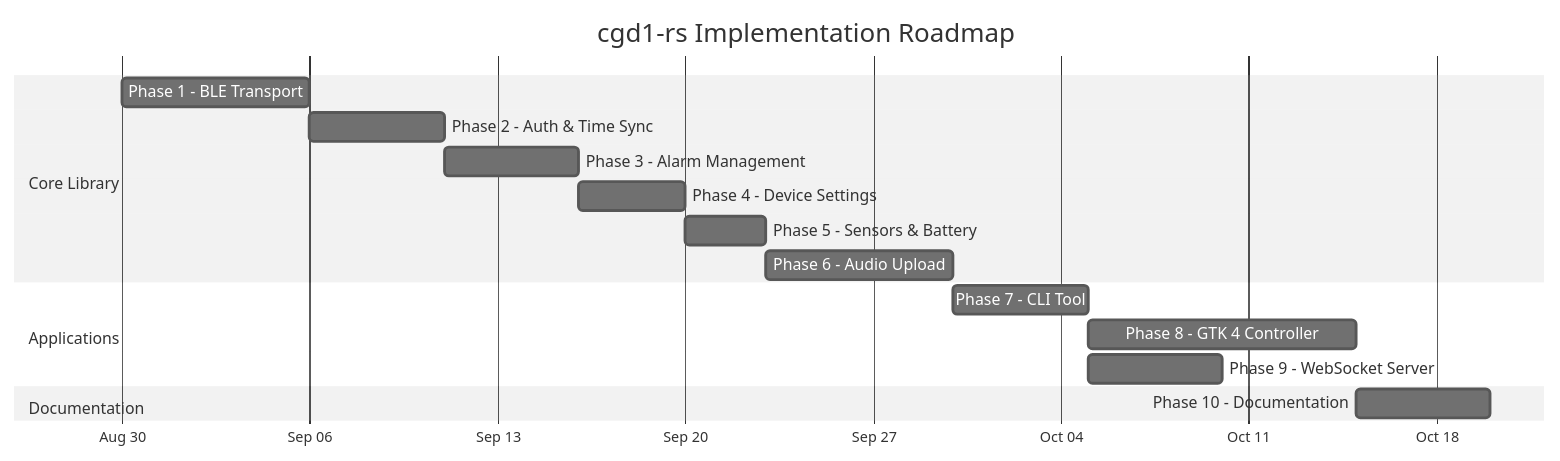
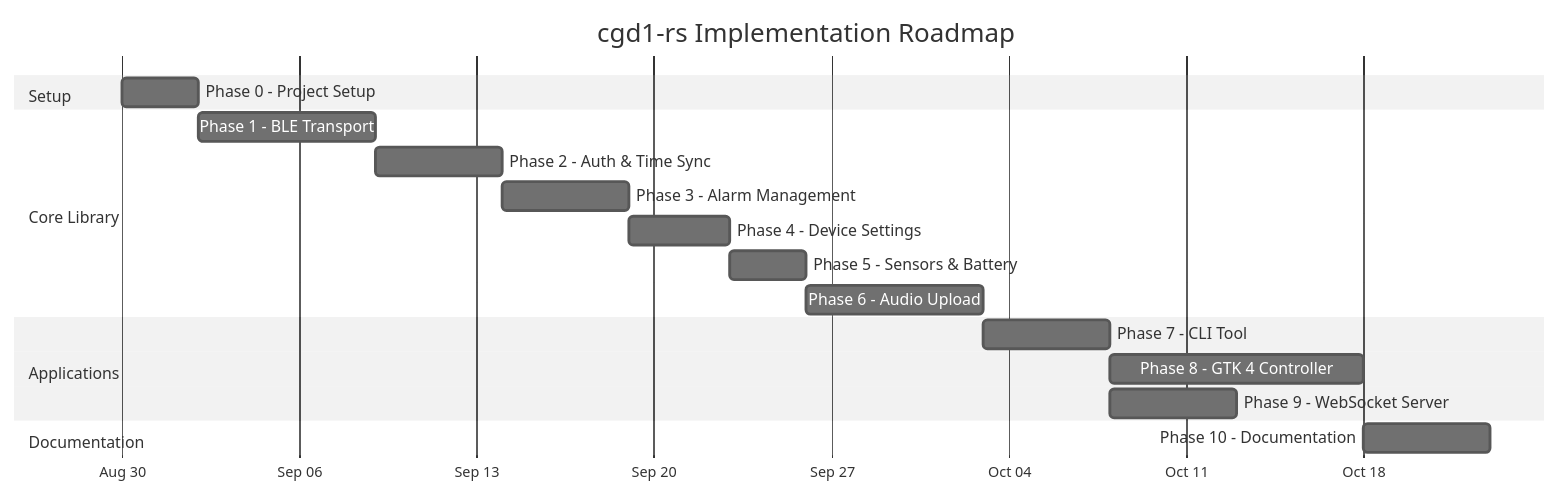
Before and after one commit to smearor/cgd1-rs: the fourth of 9 diagrams in concepts/planned/CGD1-RS.md, drawn with Mermaid (neutral theme). The commit also changed other lines of this file, not shown here.

````diff
--- a/concepts/planned/CGD1-RS.md
+++ b/concepts/planned/CGD1-RS.md
@@ -221,22 +221,25 @@
 ```mermaid
 gantt
     title cgd1-rs Implementation Roadmap
     dateFormat YYYY-MM-DD
     axisFormat %b %d
 
+    section Setup
+    Phase 0 - Project Setup          :p0, 2026-08-30, 3d
+
     section Core Library
-    Phase 1 - BLE Transport          :p1, 2026-08-30, 7d
+    Phase 1 - BLE Transport          :p1, after p0, 7d
     Phase 2 - Auth & Time Sync       :p2, after p1, 5d
     Phase 3 - Alarm Management       :p3, after p2, 5d
     Phase 4 - Device Settings        :p4, after p3, 4d
     Phase 5 - Sensors & Battery      :p5, after p4, 3d
     Phase 6 - Audio Upload           :p6, after p5, 7d
 
     section Applications
     Phase 7 - CLI Tool               :p7, after p6, 5d
     Phase 8 - GTK 4 Controller       :p8, after p7, 10d
     Phase 9 - WebSocket Server       :p9, after p7, 5d
 
     section Documentation
     Phase 10 - Documentation         :p10, after p8, 5d
 ```
````
